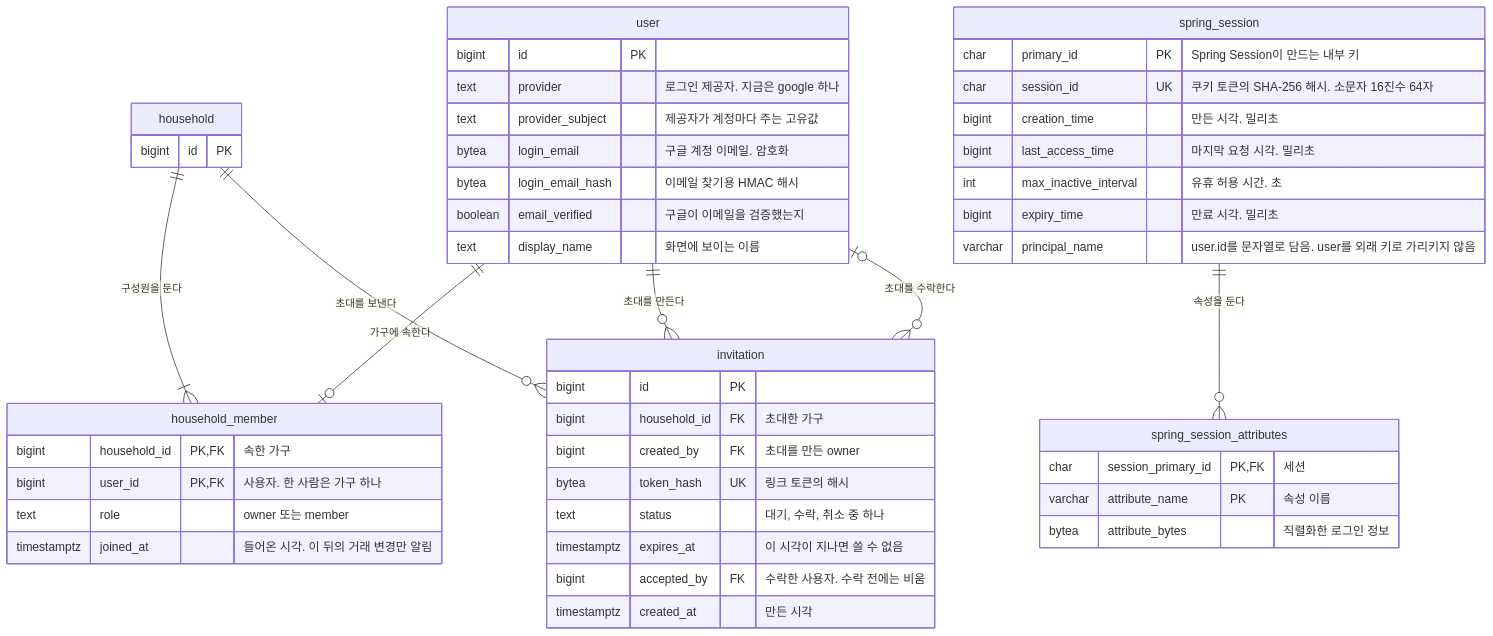
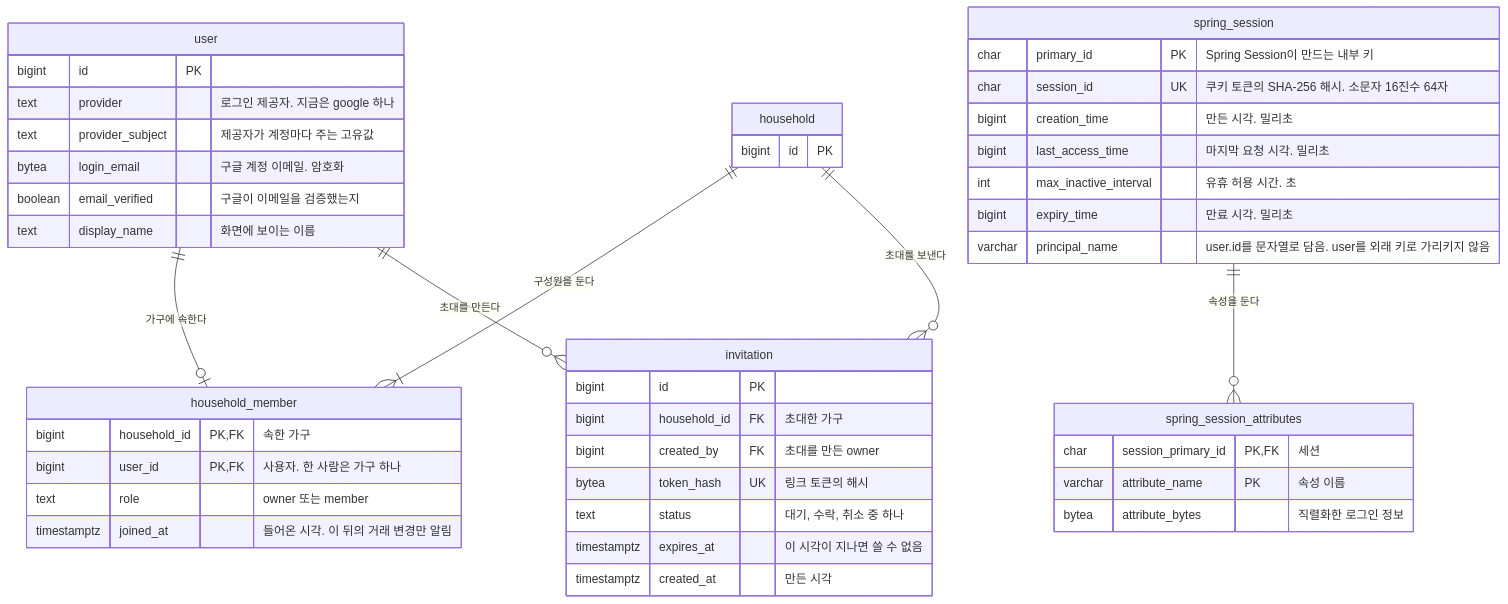
One commit to Park-Seung-Hun/real-estate changed the first of 4 diagrams in docs/architecture/data-model.md. Above: the diagram before and after it, drawn with Mermaid. The commit also changed other lines of this file and 7 other files, not shown here.

````diff
--- a/docs/architecture/data-model.md
+++ b/docs/architecture/data-model.md
@@ -33,51 +33,48 @@
 ```mermaid
 erDiagram
   user {
     bigint id PK
     text provider "로그인 제공자. 지금은 google 하나"
     text provider_subject "제공자가 계정마다 주는 고유값"
     bytea login_email "구글 계정 이메일. 암호화"
-    bytea login_email_hash "이메일 찾기용 HMAC 해시"
     boolean email_verified "구글이 이메일을 검증했는지"
     text display_name "화면에 보이는 이름"
   }
   household {
     bigint id PK
   }
   household_member {
     bigint household_id PK, FK "속한 가구"
     bigint user_id PK, FK "사용자. 한 사람은 가구 하나"
     text role "owner 또는 member"
     timestamptz joined_at "들어온 시각. 이 뒤의 거래 변경만 알림"
   }
   invitation {
     bigint id PK
     bigint household_id FK "초대한 가구"
     bigint created_by FK "초대를 만든 owner"
     bytea token_hash UK "링크 토큰의 해시"
     text status "대기, 수락, 취소 중 하나"
     timestamptz expires_at "이 시각이 지나면 쓸 수 없음"
-    bigint accepted_by FK "수락한 사용자. 수락 전에는 비움"
     timestamptz created_at "만든 시각"
   }
   spring_session {
     char primary_id PK "Spring Session이 만드는 내부 키"
     char session_id UK "쿠키 토큰의 SHA-256 해시. 소문자 16진수 64자"
     bigint creation_time "만든 시각. 밀리초"
     bigint last_access_time "마지막 요청 시각. 밀리초"
     int max_inactive_interval "유휴 허용 시간. 초"
     bigint expiry_time "만료 시각. 밀리초"
     varchar principal_name "user.id를 문자열로 담음. user를 외래 키로 가리키지 않음"
   }
   spring_session_attributes {
     char session_primary_id PK, FK "세션"
     varchar attribute_name PK "속성 이름"
     bytea attribute_bytes "직렬화한 로그인 정보"
   }
   user ||--o| household_member : "가구에 속한다"
   household ||--|{ household_member : "구성원을 둔다"
   household ||--o{ invitation : "초대를 보낸다"
   user ||--o{ invitation : "초대를 만든다"
-  user |o--o{ invitation : "초대를 수락한다"
   spring_session ||--o{ spring_session_attributes : "속성을 둔다"
 ```
````
